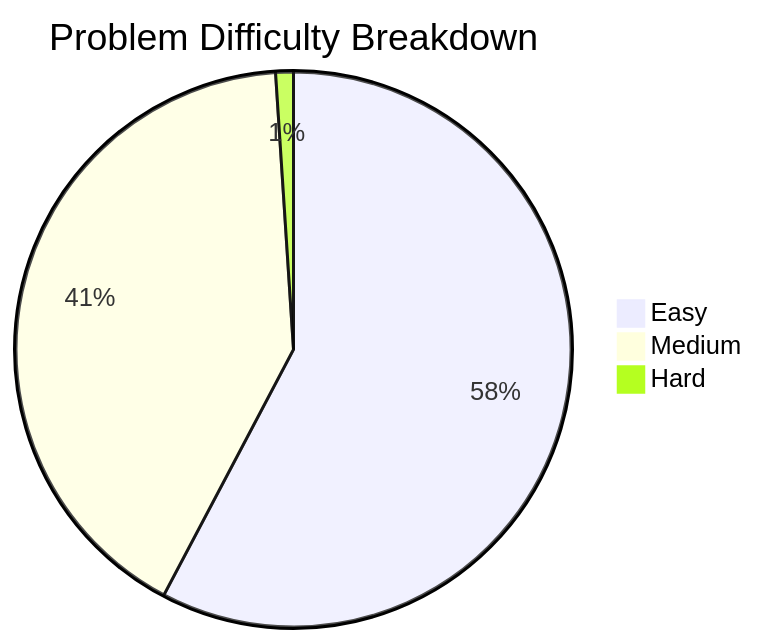
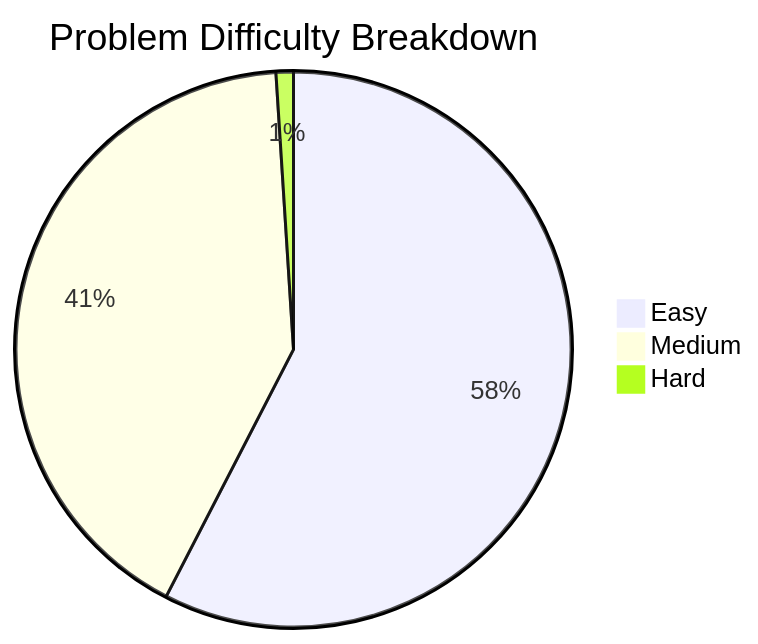
The diagram in stats/progress.md (vivekkushwahaofficial/leetcode-solutions), drawn with Mermaid before and after one commit. The commit also changed other lines of this file and 8 other files, not shown here.

````diff
--- a/stats/progress.md
+++ b/stats/progress.md
@@ -18,6 +18,6 @@
 ```mermaid
 pie title Problem Difficulty Breakdown
-    "Easy" : 56
-    "Medium" : 40
+    "Easy" : 57
+    "Medium" : 41
     "Hard" : 1
 ```
````
